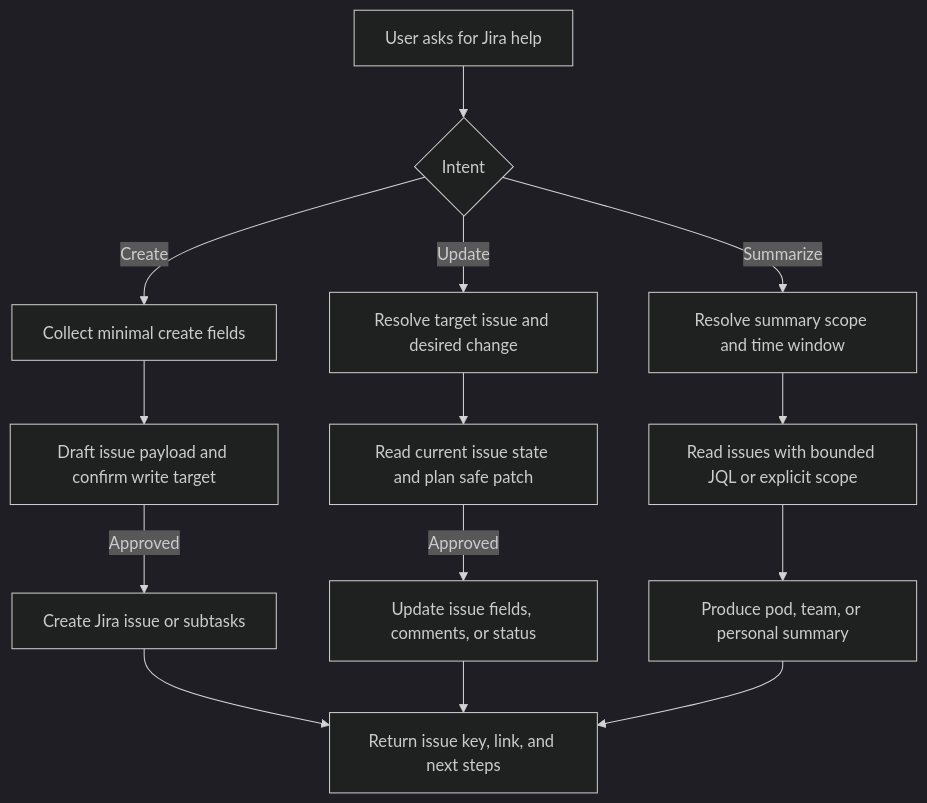
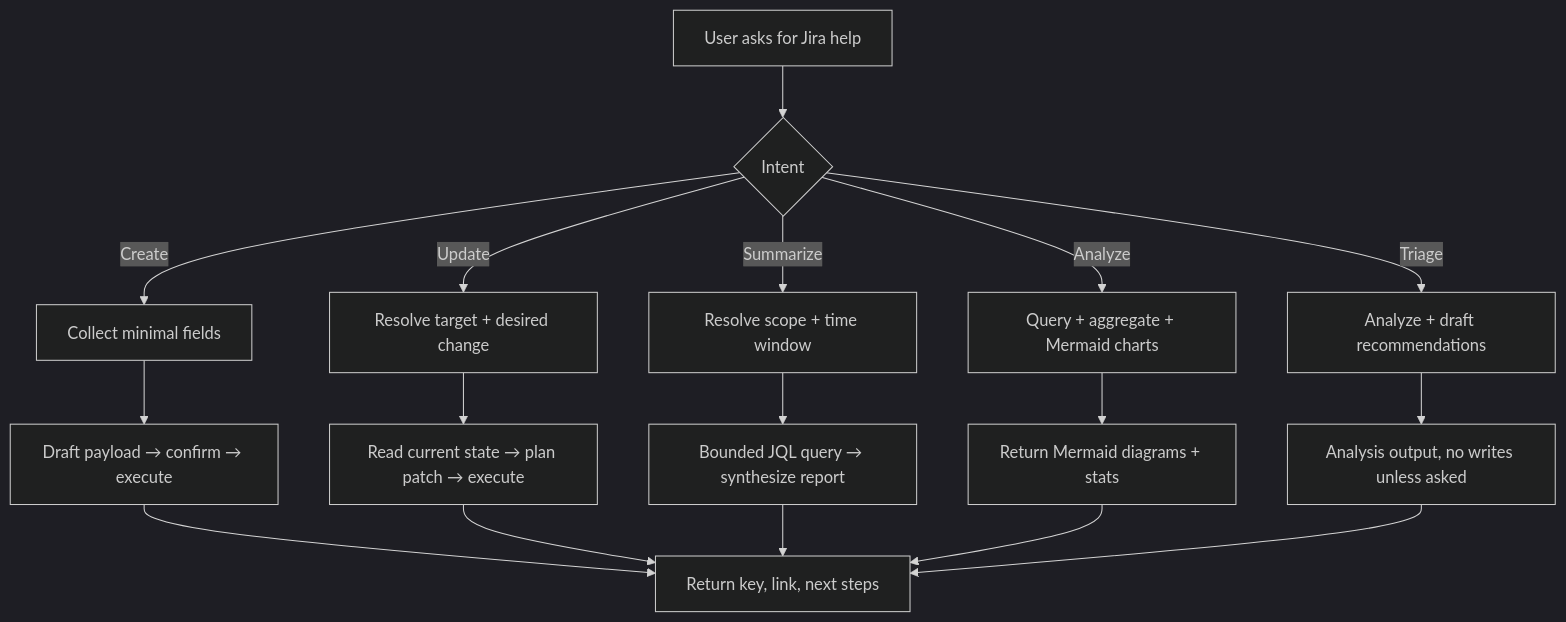
One commit to bigduu/Bamboo-agent changed the diagram in builtin_skills/jira-automation/SKILL.md. Above: the diagram before and after it, drawn with Mermaid (dark theme). The commit also changed other lines of this file and 13 other files, not shown here.

````diff
--- a/builtin_skills/jira-automation/SKILL.md
+++ b/builtin_skills/jira-automation/SKILL.md
@@ -35,16 +19,19 @@
 ```mermaid
 flowchart TD
     A[User asks for Jira help] --> B{Intent}
-    B -->|Create| C[Collect minimal create fields]
-    B -->|Update| D[Resolve target issue and desired change]
-    B -->|Summarize| E[Resolve summary scope and time window]
-    C --> F[Draft issue payload and confirm write target]
-    D --> G[Read current issue state and plan safe patch]
-    E --> H[Read issues with bounded JQL or explicit scope]
-    F -->|Approved| I[Create Jira issue or subtasks]
-    G -->|Approved| J[Update issue fields, comments, or status]
-    H --> K[Produce pod, team, or personal summary]
-    I --> L[Return issue key, link, and next steps]
-    J --> L
-    K --> L
+    B -->|Create| C[Collect minimal fields]
+    B -->|Update| D[Resolve target + desired change]
+    B -->|Summarize| E[Resolve scope + time window]
+    B -->|Analyze| F2[Query + aggregate + Mermaid charts]
+    B -->|Triage| F[Analyze + draft recommendations]
+    C --> G[Draft payload → confirm → execute]
+    D --> H[Read current state → plan patch → execute]
+    E --> I[Bounded JQL query → synthesize report]
+    F2 --> I2[Return Mermaid diagrams + stats]
+    F --> J[Analysis output, no writes unless asked]
+    G --> K[Return key, link, next steps]
+    H --> K
+    I --> K
+    I2 --> K
+    J --> K
 ```
````
